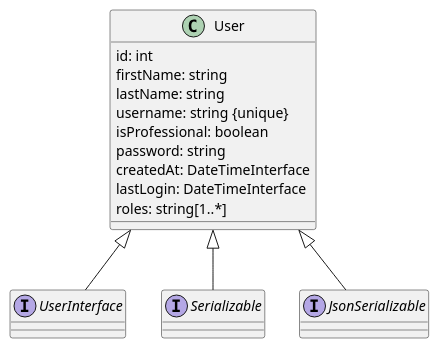
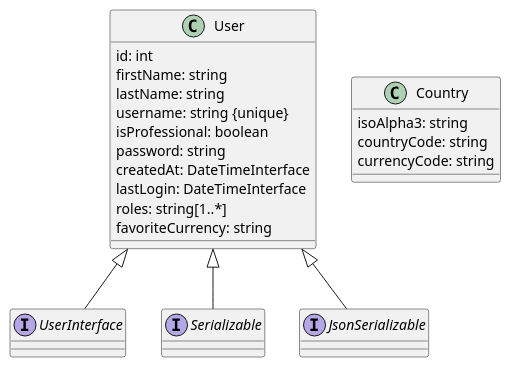
One commit to Knudian/imie_workshop_bus changed the diagram in src/Entity/classes.puml. Above: the diagram before and after it, drawn with PlantUML. The commit also changed 7 other files, not shown here.

```diff
--- a/src/Entity/classes.puml
+++ b/src/Entity/classes.puml
@@ -1,22 +1,28 @@
 @startuml
 
 interface UserInterface
 interface Serializable
 interface JsonSerializable
 
 User <|-- UserInterface
 User <|-- Serializable
 User <|-- JsonSerializable
 
 class User {
     id: int
     firstName: string
     lastName: string
     username: string {unique}
     isProfessional: boolean
     password: string
     createdAt: DateTimeInterface
     lastLogin: DateTimeInterface
     roles: string[1..*]
+    favoriteCurrency: string
+}
+class Country {
+    isoAlpha3: string
+    countryCode: string
+    currencyCode: string
 }
 @enduml
```
